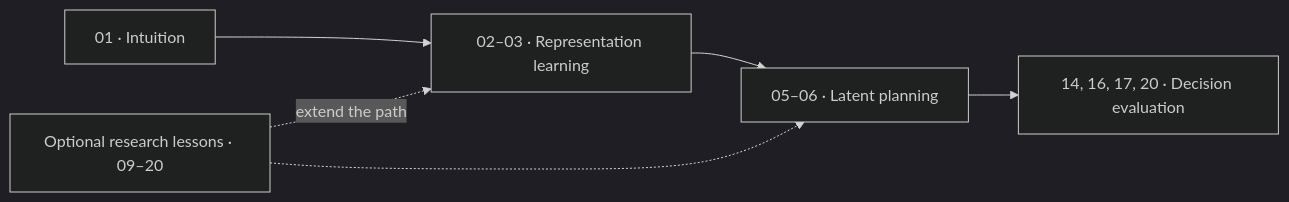
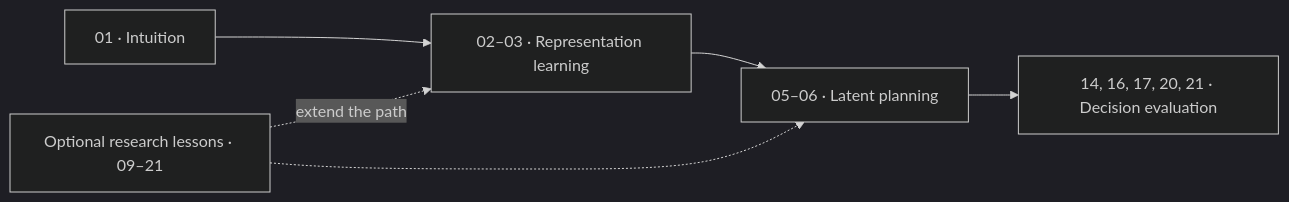
The diagram in README.md (AbstractLogix/jepa-world-models), drawn with Mermaid (dark theme) before and after one commit. The commit also changed other lines of this file and 20 other files, not shown here.

````diff
--- a/README.md
+++ b/README.md
@@ -13,8 +13,8 @@
 ```mermaid
 flowchart LR
     A["01 · Intuition"] --> B["02–03 · Representation learning"]
     B --> C["05–06 · Latent planning"]
-    C --> D["14, 16, 17, 20 · Decision evaluation"]
-    E["Optional research lessons · 09–20"] -. "extend the path" .-> B
+    C --> D["14, 16, 17, 20, 21 · Decision evaluation"]
+    E["Optional research lessons · 09–21"] -. "extend the path" .-> B
     E -.-> C
 ```
````
